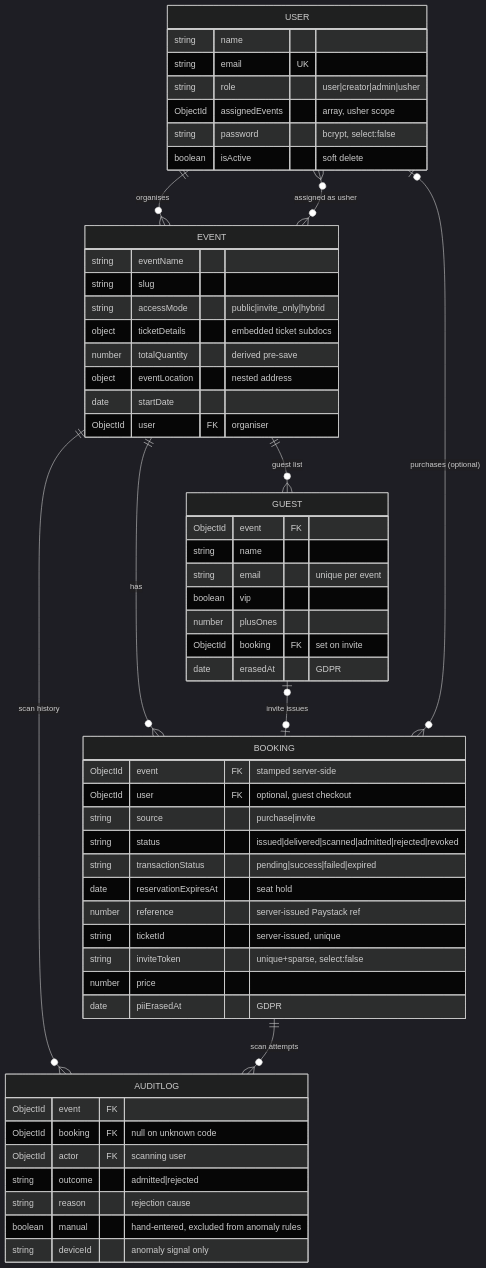
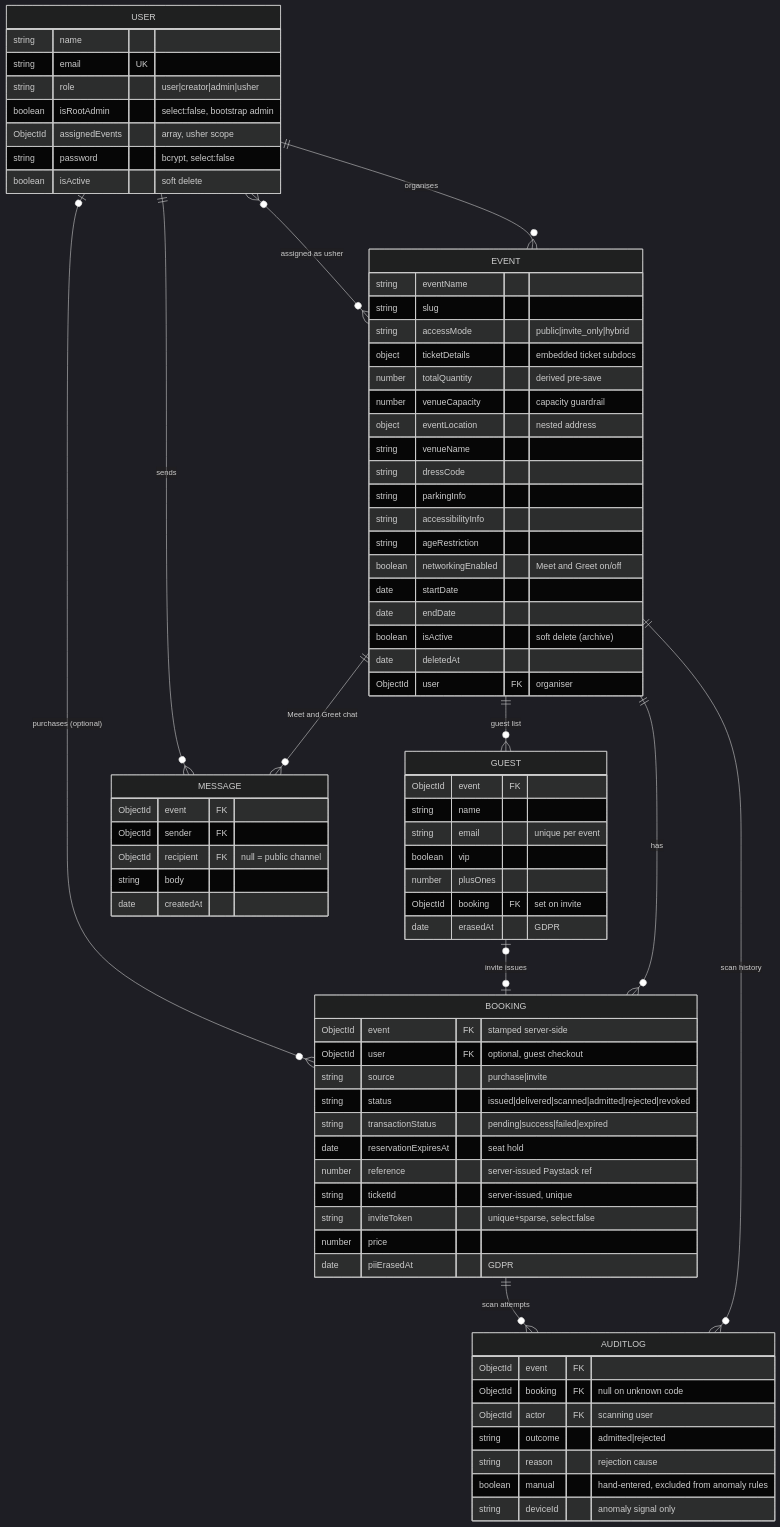
One commit to dLuxKid/ticketflow changed the second of 3 diagrams in docs/technical-documentation.md. Above: the diagram before and after it, drawn with Mermaid (dark theme). The commit also changed other lines of this file and 68 other files, not shown here.

First line of the commit message:
feat: enhance event management and user experience

````diff
--- a/docs/technical-documentation.md
+++ b/docs/technical-documentation.md
@@ -182,61 +194,81 @@
 ```mermaid
 erDiagram
     USER ||--o{ EVENT : "organises"
     USER }o--o{ EVENT : "assigned as usher"
     EVENT ||--o{ BOOKING : "has"
     EVENT ||--o{ GUEST : "guest list"
     EVENT ||--o{ AUDITLOG : "scan history"
+    EVENT ||--o{ MESSAGE : "Meet and Greet chat"
     GUEST |o--o| BOOKING : "invite issues"
     USER |o--o{ BOOKING : "purchases (optional)"
+    USER ||--o{ MESSAGE : "sends"
     BOOKING ||--o{ AUDITLOG : "scan attempts"
 
     USER {
         string   name
         string   email UK
         string   role "user|creator|admin|usher"
+        boolean  isRootAdmin "select:false, bootstrap admin"
         ObjectId assignedEvents "array, usher scope"
         string   password "bcrypt, select:false"
         boolean  isActive "soft delete"
     }
     EVENT {
         string   eventName
         string   slug
         string   accessMode "public|invite_only|hybrid"
         object   ticketDetails "embedded ticket subdocs"
         number   totalQuantity "derived pre-save"
+        number   venueCapacity "capacity guardrail"
         object   eventLocation "nested address"
+        string   venueName
+        string   dressCode
+        string   parkingInfo
+        string   accessibilityInfo
+        string   ageRestriction
+        boolean  networkingEnabled "Meet and Greet on/off"
         date     startDate
+        date     endDate
+        boolean  isActive "soft delete (archive)"
+        date     deletedAt
         ObjectId user FK "organiser"
+    }
+    MESSAGE {
+        ObjectId event FK
+        ObjectId sender FK
+        ObjectId recipient FK "null = public channel"
+        string   body
+        date     createdAt
     }
     BOOKING {
         ObjectId event FK "stamped server-side"
         ObjectId user FK "optional, guest checkout"
         string   source "purchase|invite"
         string   status "issued|delivered|scanned|admitted|rejected|revoked"
         string   transactionStatus "pending|success|failed|expired"
         date     reservationExpiresAt "seat hold"
         number   reference "server-issued Paystack ref"
         string   ticketId "server-issued, unique"
         string   inviteToken "unique+sparse, select:false"
         number   price
         date     piiErasedAt "GDPR"
     }
     GUEST {
         ObjectId event FK
         string   name
         string   email "unique per event"
         boolean  vip
         number   plusOnes
         ObjectId booking FK "set on invite"
         date     erasedAt "GDPR"
     }
     AUDITLOG {
         ObjectId event FK
         ObjectId booking FK "null on unknown code"
         ObjectId actor FK "scanning user"
         string   outcome "admitted|rejected"
         string   reason "rejection cause"
         boolean  manual "hand-entered, excluded from anomaly rules"
         string   deviceId "anomaly signal only"
     }
 ```
````
